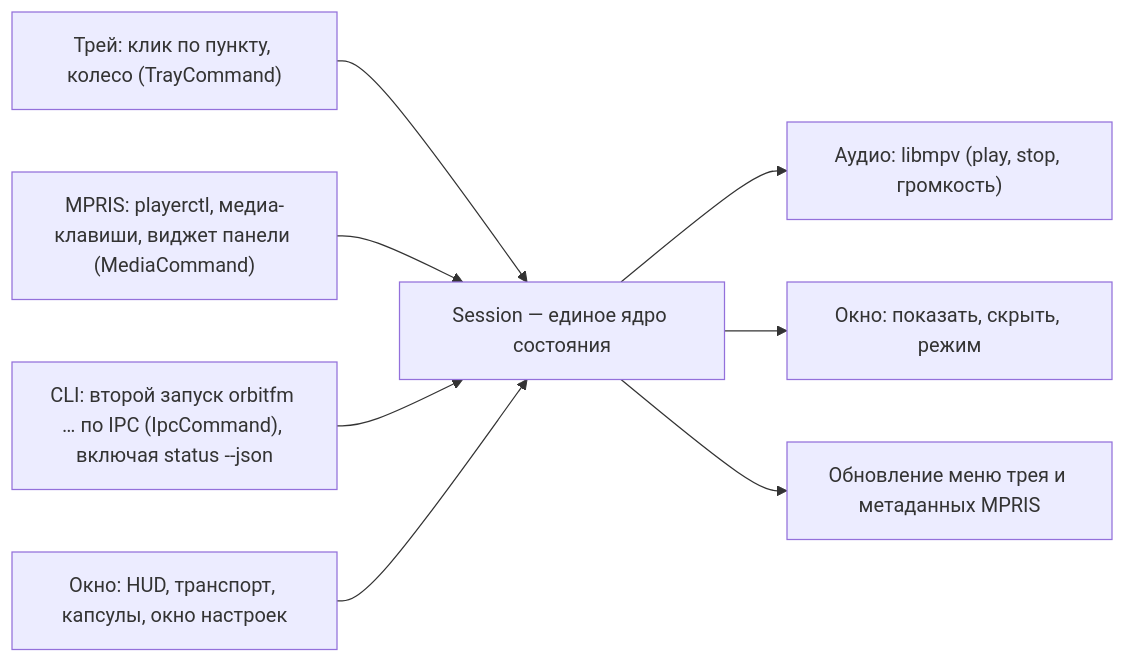
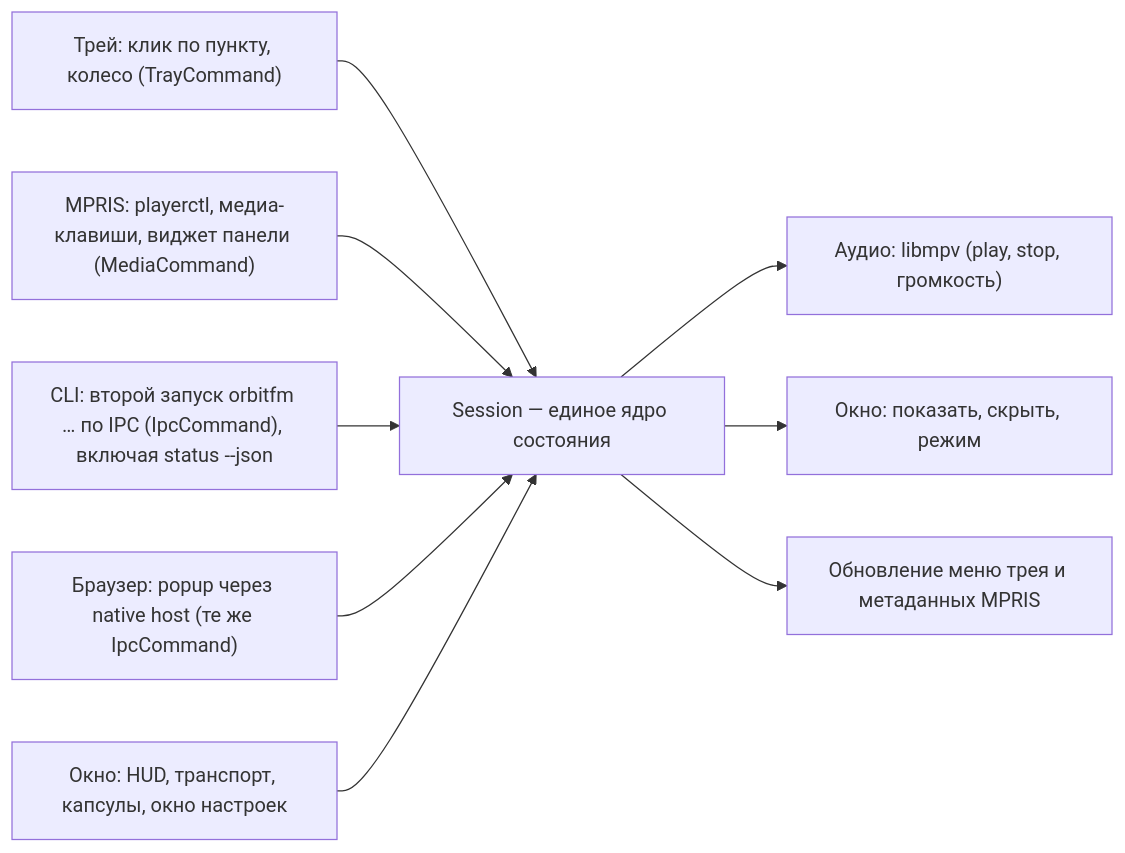
Before and after one commit to ModernByte/orbitfm: the diagram in docs/wiki/07-Трей-и-MPRIS.md, drawn with Mermaid. The commit also changed other lines of this file and 97 other files, not shown here.

````diff
--- a/docs/wiki/07-Трей-и-MPRIS.md
+++ b/docs/wiki/07-Трей-и-MPRIS.md
@@ -166,10 +171,11 @@
 ```mermaid
 flowchart LR
     T["Трей: клик по пункту, колесо (TrayCommand)"] --> S
     M["MPRIS: playerctl, медиа-клавиши, виджет панели (MediaCommand)"] --> S
     C["CLI: второй запуск orbitfm … по IPC (IpcCommand), включая status --json"] --> S
+    B["Браузер: popup через native host (те же IpcCommand)"] --> S
     U["Окно: HUD, транспорт, капсулы, окно настроек"] --> S
     S["Session — единое ядро состояния"] --> A["Аудио: libmpv (play, stop, громкость)"]
     S --> W["Окно: показать, скрыть, режим"]
     S --> R["Обновление меню трея и метаданных MPRIS"]
 ```
````
